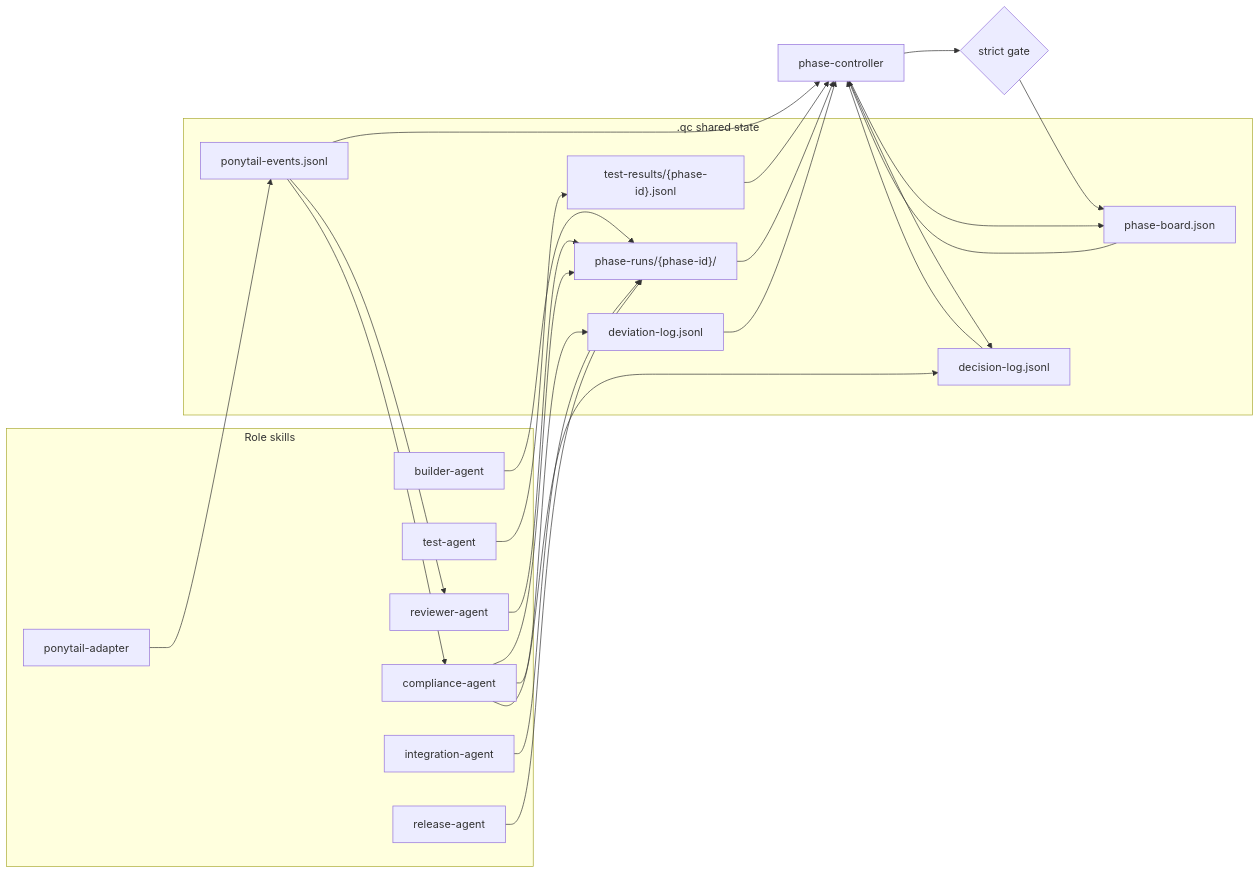
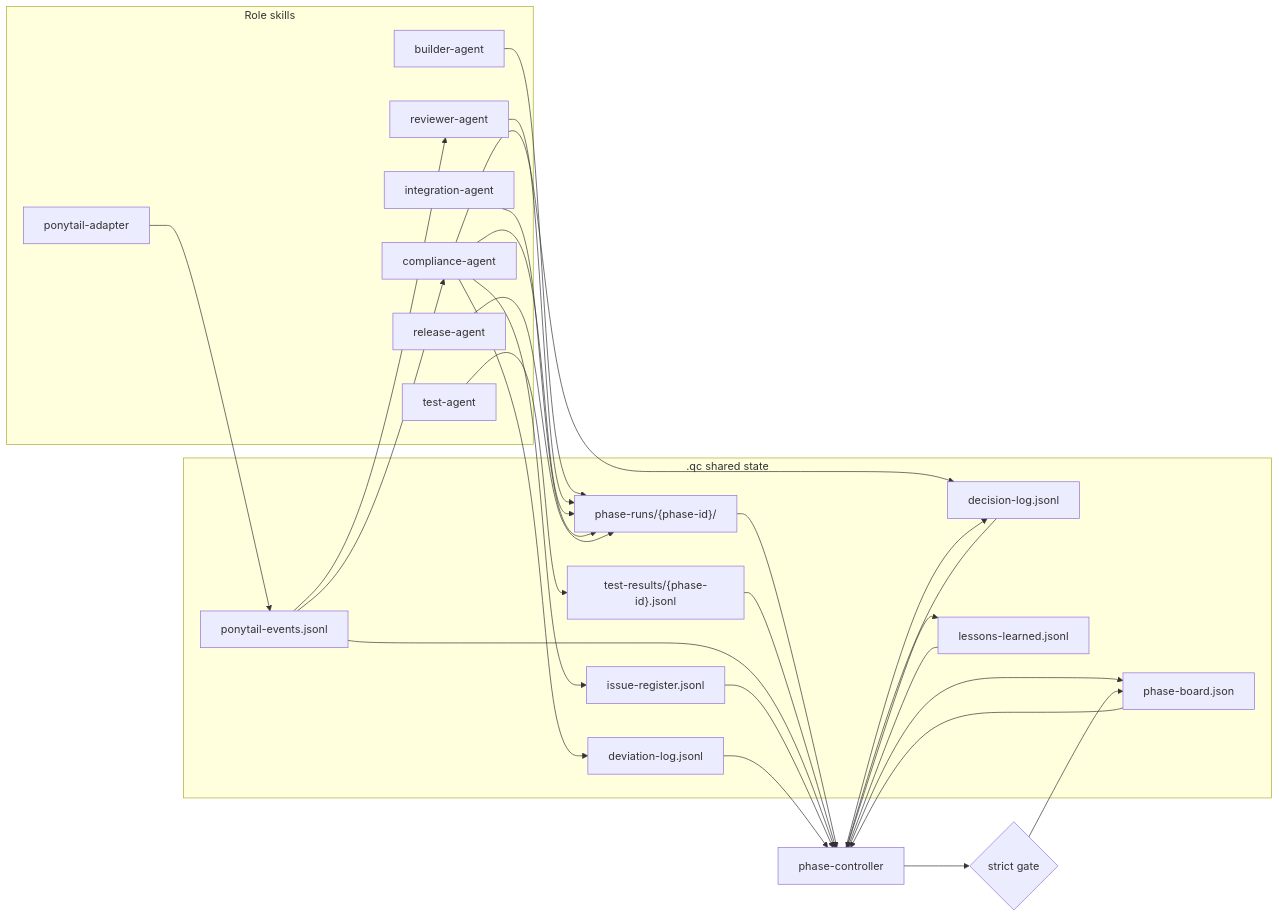
The third of 4 diagrams in projects/builder-team-qc/plugin/docs/orchestration-diagram.md (randy-aloop/everythingcodex), drawn with Mermaid before and after one commit. The commit also changed other lines of this file and 7 other files, not shown here.

````diff
--- a/projects/builder-team-qc/plugin/docs/orchestration-diagram.md
+++ b/projects/builder-team-qc/plugin/docs/orchestration-diagram.md
@@ -102,46 +117,52 @@
 ```mermaid
 flowchart LR
     subgraph ROLES["Role skills"]
         B["builder-agent"]
         PT["ponytail-adapter"]
         T["test-agent"]
         R["reviewer-agent"]
         C["compliance-agent"]
         I["integration-agent"]
         RA["release-agent"]
     end
 
     subgraph QC[".qc shared state"]
         BOARD["phase-board.json"]
         PHASE["phase-runs/{phase-id}/"]
         TESTS["test-results/{phase-id}.jsonl"]
         PONY["ponytail-events.jsonl"]
+        ISSUES["issue-register.jsonl"]
         DEV["deviation-log.jsonl"]
         DEC["decision-log.jsonl"]
+        LESSONS["lessons-learned.jsonl"]
     end
 
     B --> PHASE
     PT --> PONY
     T --> TESTS
     R --> PHASE
     C --> PHASE
+    C --> ISSUES
     C --> DEV
     C --> DEC
     I --> PHASE
     RA --> PHASE
     PC --> BOARD
     PC --> DEC
+    PC --> LESSONS
 
     BOARD --> PC["phase-controller"]
     PHASE --> PC
     TESTS --> PC
     PONY --> PC
+    ISSUES --> PC
     DEV --> PC
     DEC --> PC
+    LESSONS --> PC
 
     PONY --> R
     PONY --> C
 
     PC --> G{"strict gate"}
     G --> BOARD
 ```
````
